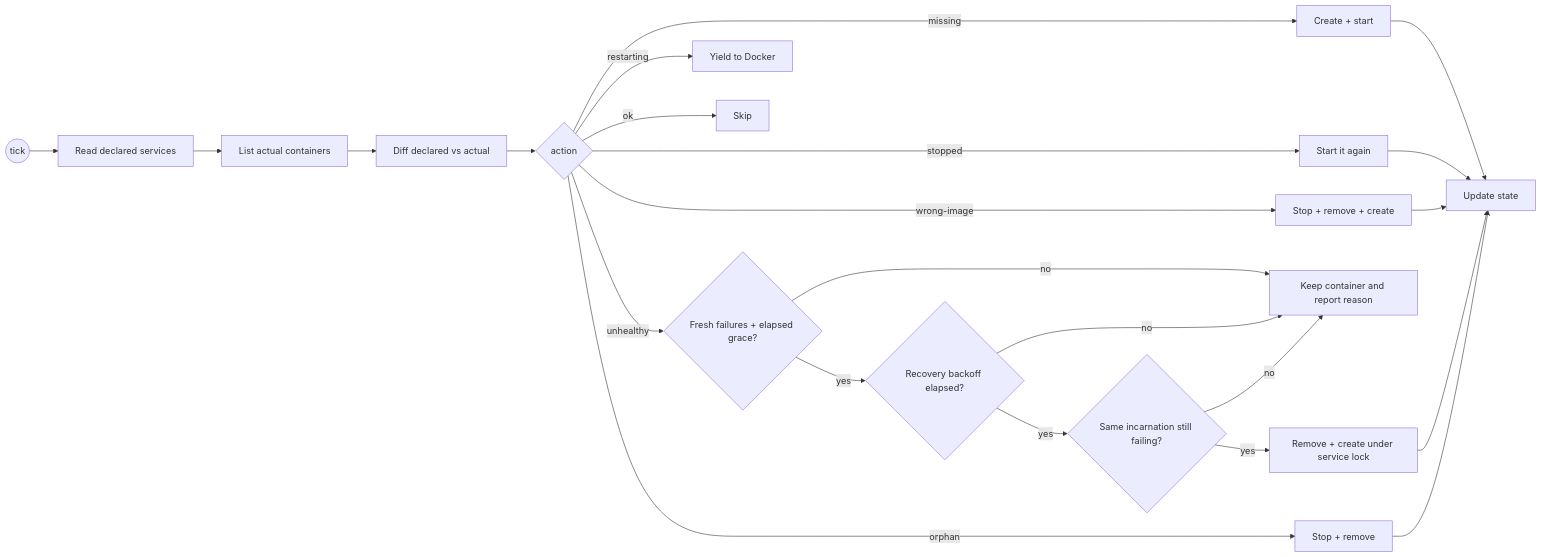
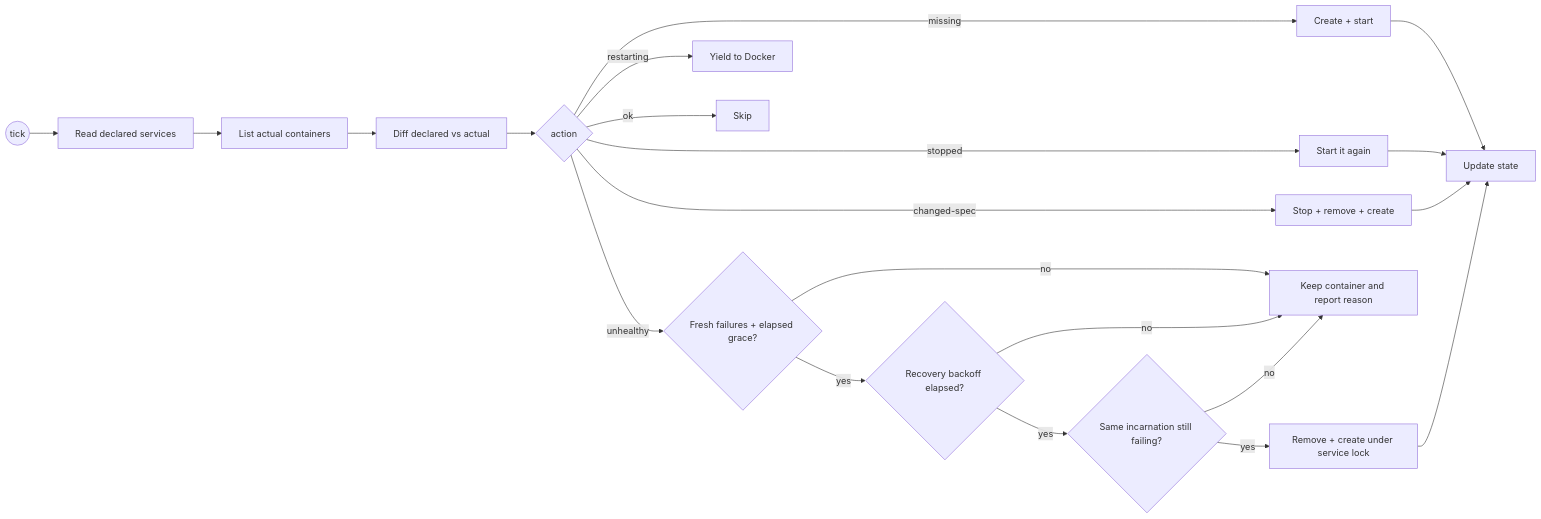
The second of 3 diagrams in docs/omnitron/infrastructure.md (omnitron-dev/website), drawn with Mermaid before and after one commit. The commit also changed other lines of this file and 1 other file, not shown here.

````diff
--- a/docs/omnitron/infrastructure.md
+++ b/docs/omnitron/infrastructure.md
@@ -557,25 +557,23 @@
 ```mermaid
 flowchart LR
   T((tick)) --> Read[Read declared services]
   Read --> List[List actual containers]
   List --> Diff[Diff declared vs actual]
   Diff --> Decide{action}
   Decide -- missing --> Create[Create + start]
   Decide -- stopped --> Start[Start it again]
-  Decide -- wrong-image --> Recreate[Stop + remove + create]
+  Decide -- changed-spec --> Recreate[Stop + remove + create]
   Decide -- unhealthy --> Confirm{Fresh failures + elapsed grace?}
   Confirm -- no --> Wait[Keep container and report reason]
   Confirm -- yes --> Delay{Recovery backoff elapsed?}
   Delay -- no --> Wait
   Delay -- yes --> Verify{Same incarnation still failing?}
   Verify -- no --> Wait
   Verify -- yes --> Rebuild[Remove + create under service lock]
   Decide -- restarting --> Yield[Yield to Docker]
-  Decide -- orphan --> Remove[Stop + remove]
   Decide -- ok --> NoOp[Skip]
   Create --> Update[Update state]
   Start --> Update
   Recreate --> Update
   Rebuild --> Update
-  Remove --> Update
 ```
````
